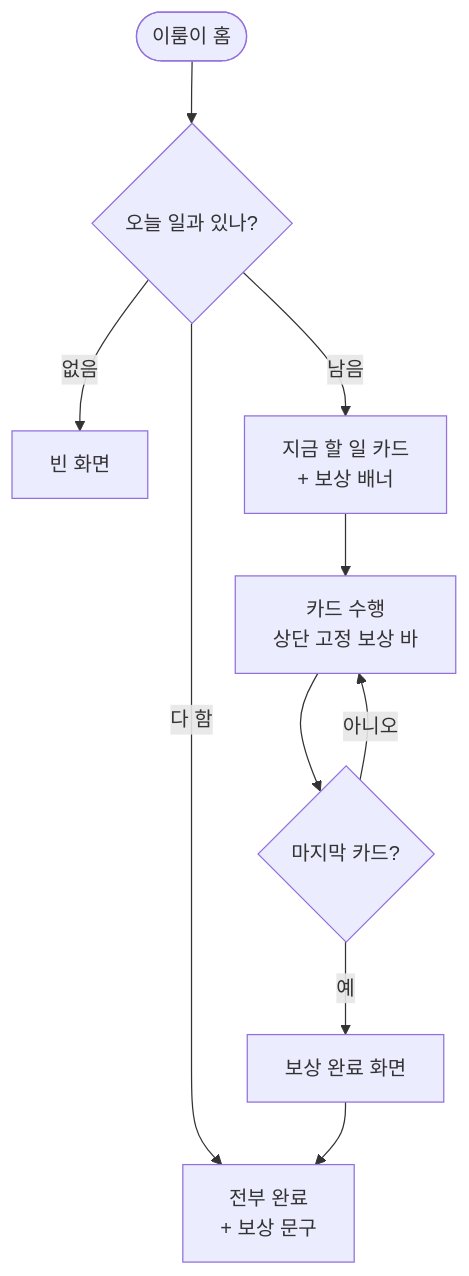
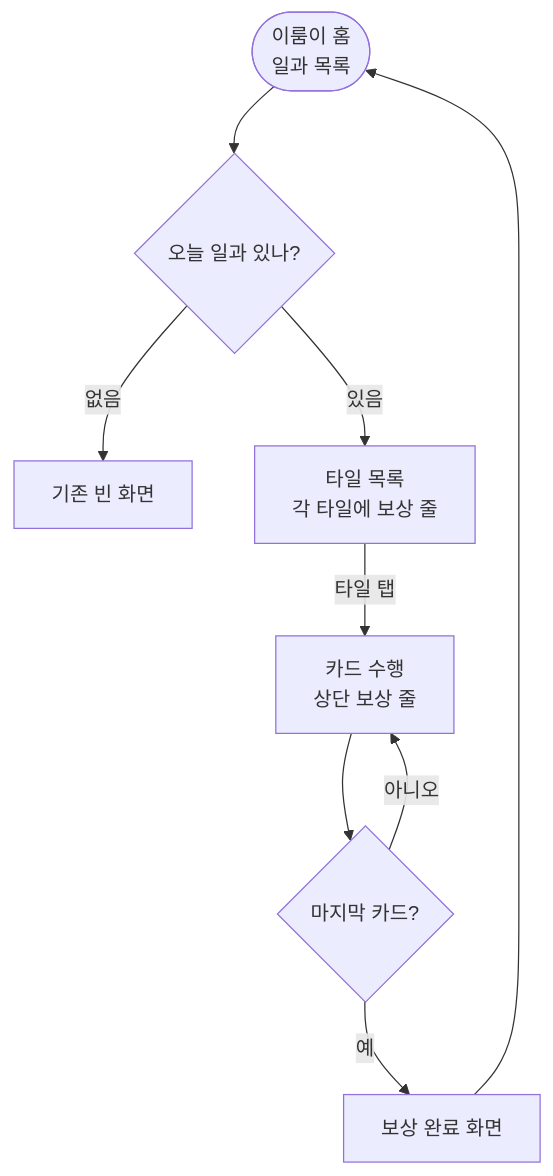
One commit to Twin-Fang/elum changed the third of 4 diagrams in docs/superpowers/specs/2026-09-18-화면-전체명세.md. Above: the diagram before and after it, drawn with Mermaid. The commit also changed other lines of this file, not shown here.

First line of the commit message:
이룸이 화면 : docs : 지어낸 화면 구조를 실제 앱에 맞춰 되돌리고 보상 표시만 남김

````diff
--- a/docs/superpowers/specs/2026-09-18-화면-전체명세.md
+++ b/docs/superpowers/specs/2026-09-18-화면-전체명세.md
@@ -213,12 +213,11 @@
 ```mermaid
 flowchart TD
-    A([이룸이 홈]) --> B{오늘 일과 있나?}
-    B -->|없음| C[빈 화면]
-    B -->|남음| D[지금 할 일 카드<br/>+ 보상 배너]
-    B -->|다 함| E[전부 완료<br/>+ 보상 문구]
-    D --> F[카드 수행<br/>상단 고정 보상 바]
+    A([이룸이 홈<br/>일과 목록]) --> B{오늘 일과 있나?}
+    B -->|없음| C[기존 빈 화면]
+    B -->|있음| D[타일 목록<br/>각 타일에 보상 줄]
+    D -->|타일 탭| F[카드 수행<br/>상단 보상 줄]
     F --> G{마지막 카드?}
     G -->|아니오| F
     G -->|예| H[보상 완료 화면]
-    H --> E
+    H --> A
 ```
````
